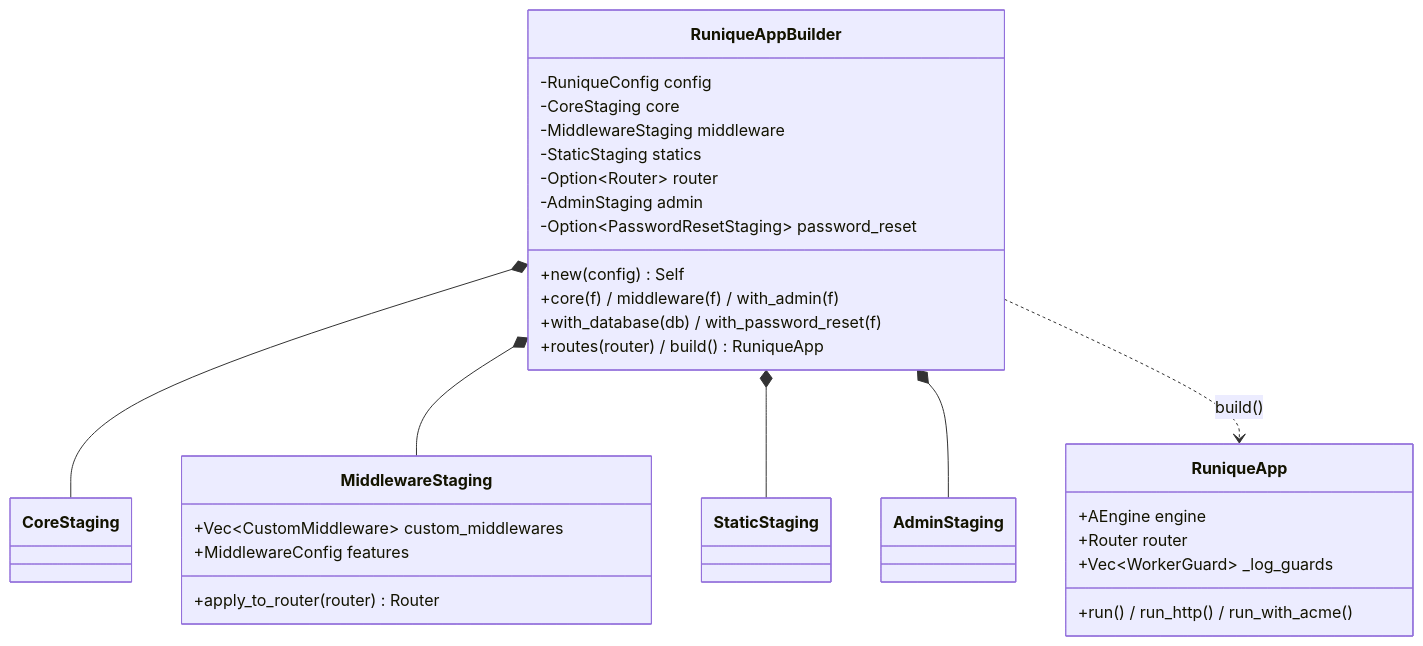
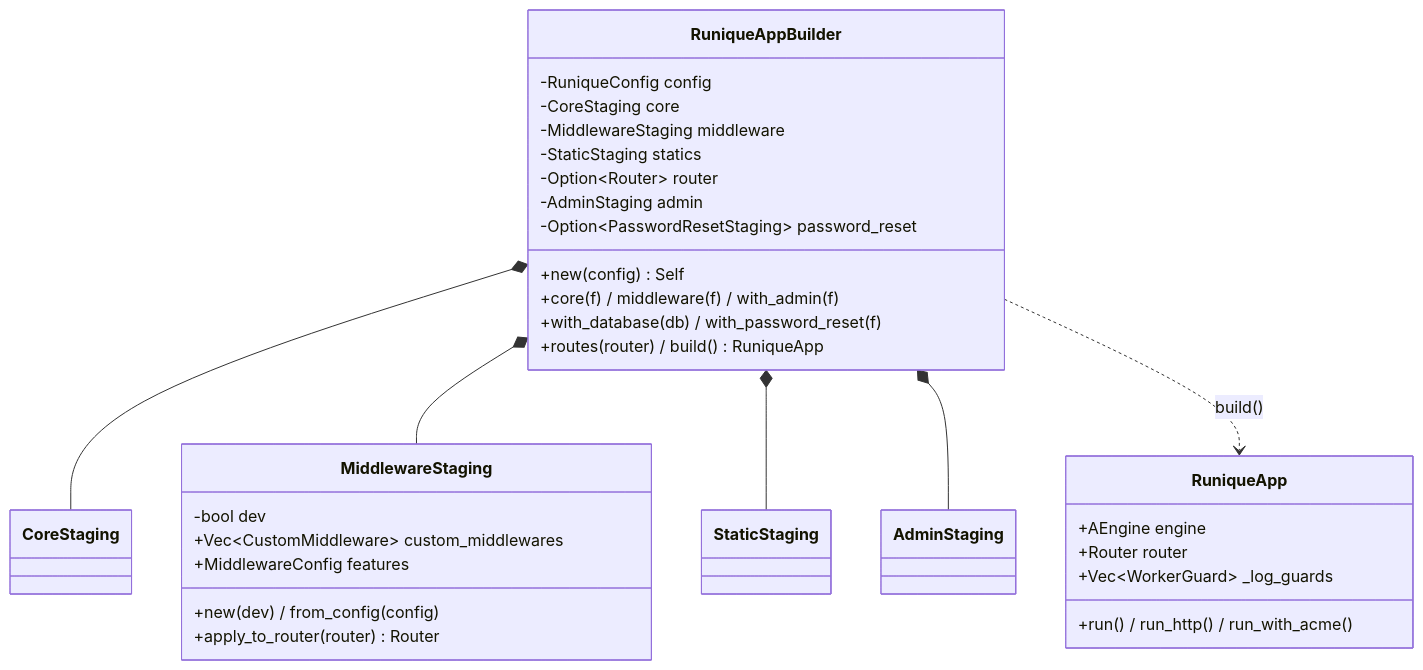
One commit to seb-alliot/runique changed the first of 4 diagrams in diagramme/uml/app/builder-staging.md. Above: the diagram before and after it, drawn with Mermaid. The commit also changed other lines of this file and 57 other files, not shown here.

Commit message:
fix few bug && diagramme

````diff
--- a/diagramme/uml/app/builder-staging.md
+++ b/diagramme/uml/app/builder-staging.md
@@ -9,35 +9,37 @@
 ```mermaid
 classDiagram
     class RuniqueAppBuilder {
         -RuniqueConfig config
         -CoreStaging core
         -MiddlewareStaging middleware
         -StaticStaging statics
         -Option~Router~ router
         -AdminStaging admin
         -Option~PasswordResetStaging~ password_reset
         +new(config) Self
         +core(f) / middleware(f) / with_admin(f)
         +with_database(db) / with_password_reset(f)
         +routes(router) / build() RuniqueApp
     }
     class RuniqueApp {
         +AEngine engine
         +Router router
         +Vec~WorkerGuard~ _log_guards
         +run() / run_http() / run_with_acme()
     }
     class CoreStaging
     class MiddlewareStaging {
+        -bool dev
         +Vec~CustomMiddleware~ custom_middlewares
         +MiddlewareConfig features
+        +new(dev) / from_config(config)
         +apply_to_router(router) Router
     }
     class StaticStaging
     class AdminStaging
     RuniqueAppBuilder *-- CoreStaging
     RuniqueAppBuilder *-- MiddlewareStaging
     RuniqueAppBuilder *-- StaticStaging
     RuniqueAppBuilder *-- AdminStaging
     RuniqueAppBuilder ..> RuniqueApp : build()
 ```
````
